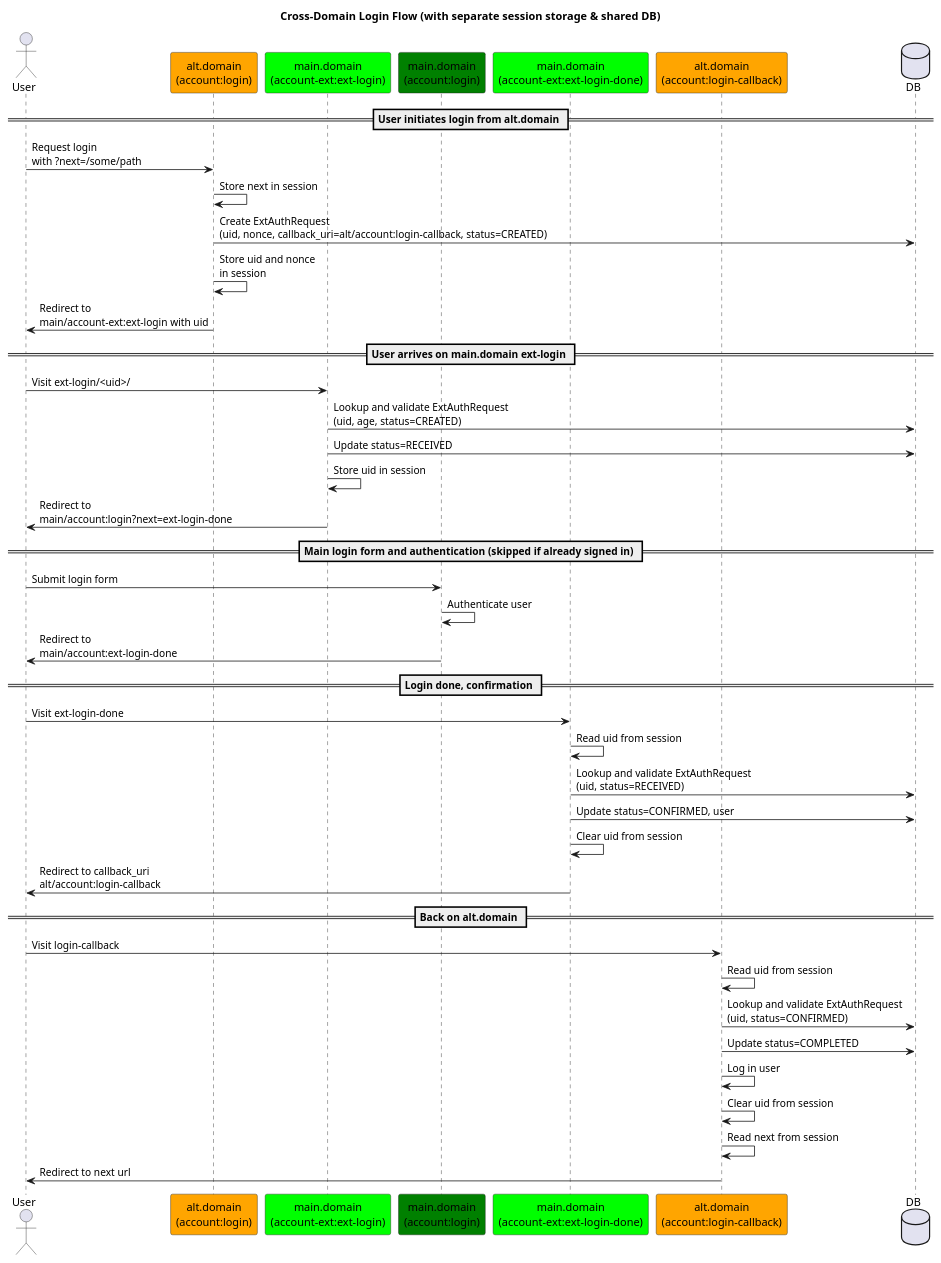
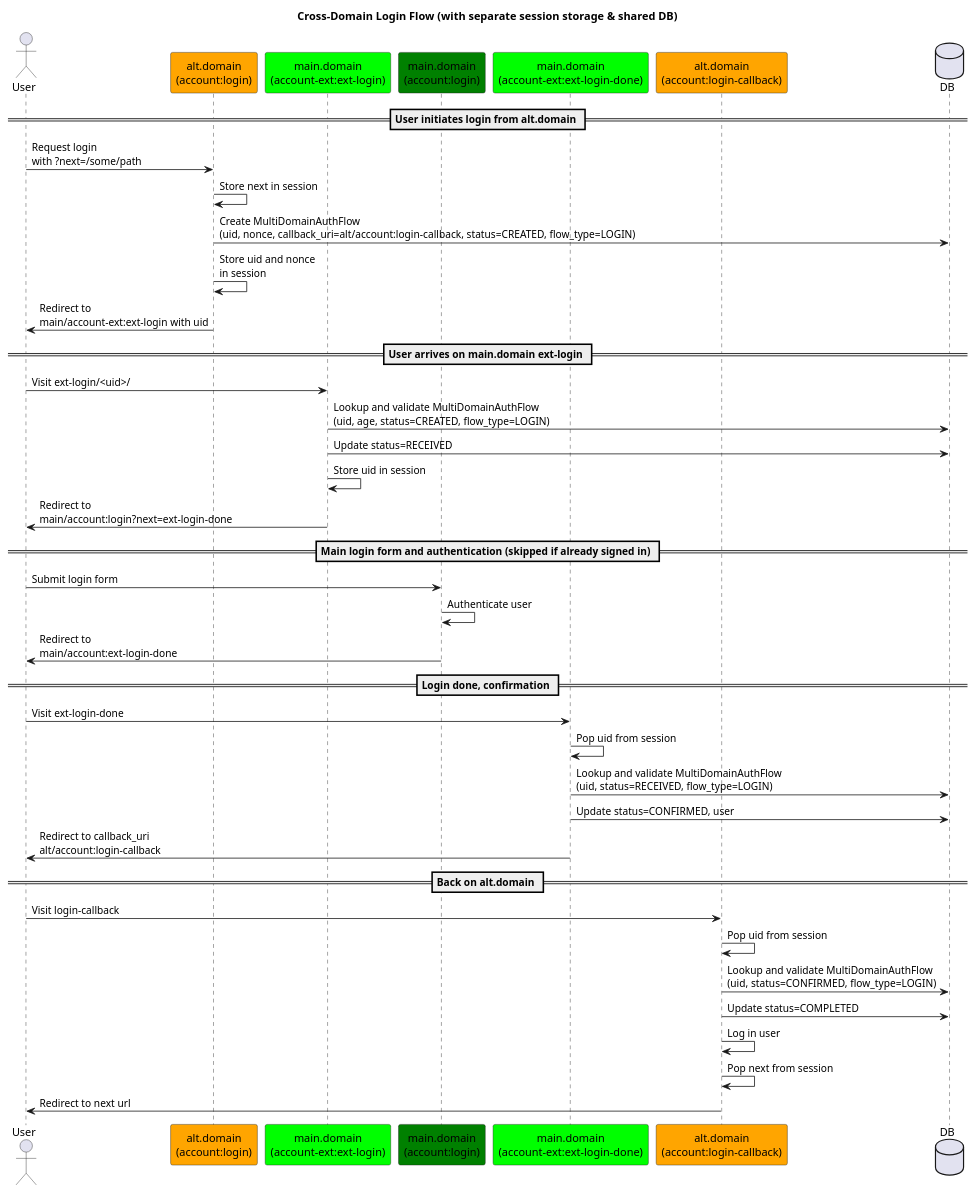
Before and after one commit to rafaelurben/django-account: the diagram in docs/multidomain/diagrams/login.puml, drawn with PlantUML. The commit also changed 10 other files, not shown here.

```diff
--- a/docs/multidomain/diagrams/login.puml
+++ b/docs/multidomain/diagrams/login.puml
@@ -1,55 +1,53 @@
 @startuml
 
 title Cross-Domain Login Flow (with separate session storage & shared DB)
 
 actor User
 participant "alt.domain\n(account:login)" as AltLogin #orange
 participant "main.domain\n(account-ext:ext-login)" as MainExtLogin #lime
 participant "main.domain\n(account:login)" as MainLogin #green
 participant "main.domain\n(account-ext:ext-login-done)" as MainExtDone #lime
 participant "alt.domain\n(account:login-callback)" as AltCallback #orange
 database DB
 
 == User initiates login from alt.domain ==
 
 User -> AltLogin : Request login\nwith ?next=/some/path
 AltLogin -> AltLogin : Store next in session
-AltLogin -> DB : Create ExtAuthRequest\n(uid, nonce, callback_uri=alt/account:login-callback, status=CREATED)
+AltLogin -> DB : Create MultiDomainAuthFlow\n(uid, nonce, callback_uri=alt/account:login-callback, status=CREATED, flow_type=LOGIN)
 AltLogin -> AltLogin : Store uid and nonce\nin session
 AltLogin -> User : Redirect to\nmain/account-ext:ext-login with uid
 
 == User arrives on main.domain ext-login ==
 
 User -> MainExtLogin : Visit ext-login/<uid>/
-MainExtLogin -> DB : Lookup and validate ExtAuthRequest\n(uid, age, status=CREATED)
+MainExtLogin -> DB : Lookup and validate MultiDomainAuthFlow\n(uid, age, status=CREATED, flow_type=LOGIN)
 MainExtLogin -> DB : Update status=RECEIVED
 MainExtLogin -> MainExtLogin : Store uid in session
 MainExtLogin -> User : Redirect to\nmain/account:login?next=ext-login-done
 
 == Main login form and authentication (skipped if already signed in) ==
 
 User -> MainLogin : Submit login form
 MainLogin -> MainLogin : Authenticate user
 MainLogin -> User : Redirect to\nmain/account:ext-login-done
 
 == Login done, confirmation ==
 
 User -> MainExtDone : Visit ext-login-done
-MainExtDone -> MainExtDone : Read uid from session
-MainExtDone -> DB : Lookup and validate ExtAuthRequest\n(uid, status=RECEIVED)
+MainExtDone -> MainExtDone : Pop uid from session
+MainExtDone -> DB : Lookup and validate MultiDomainAuthFlow\n(uid, status=RECEIVED, flow_type=LOGIN)
 MainExtDone -> DB : Update status=CONFIRMED, user
-MainExtDone -> MainExtDone : Clear uid from session
 MainExtDone -> User : Redirect to callback_uri\nalt/account:login-callback
 
 == Back on alt.domain ==
 
 User -> AltCallback : Visit login-callback
-AltCallback -> AltCallback : Read uid from session
-AltCallback -> DB : Lookup and validate ExtAuthRequest\n(uid, status=CONFIRMED)
+AltCallback -> AltCallback : Pop uid from session
+AltCallback -> DB : Lookup and validate MultiDomainAuthFlow\n(uid, status=CONFIRMED, flow_type=LOGIN)
 AltCallback -> DB : Update status=COMPLETED
 AltCallback -> AltCallback : Log in user
-AltCallback -> AltCallback : Clear uid from session
-AltCallback -> AltCallback : Read next from session
+AltCallback -> AltCallback : Pop next from session
 AltCallback -> User : Redirect to next url
 
 @enduml
```
